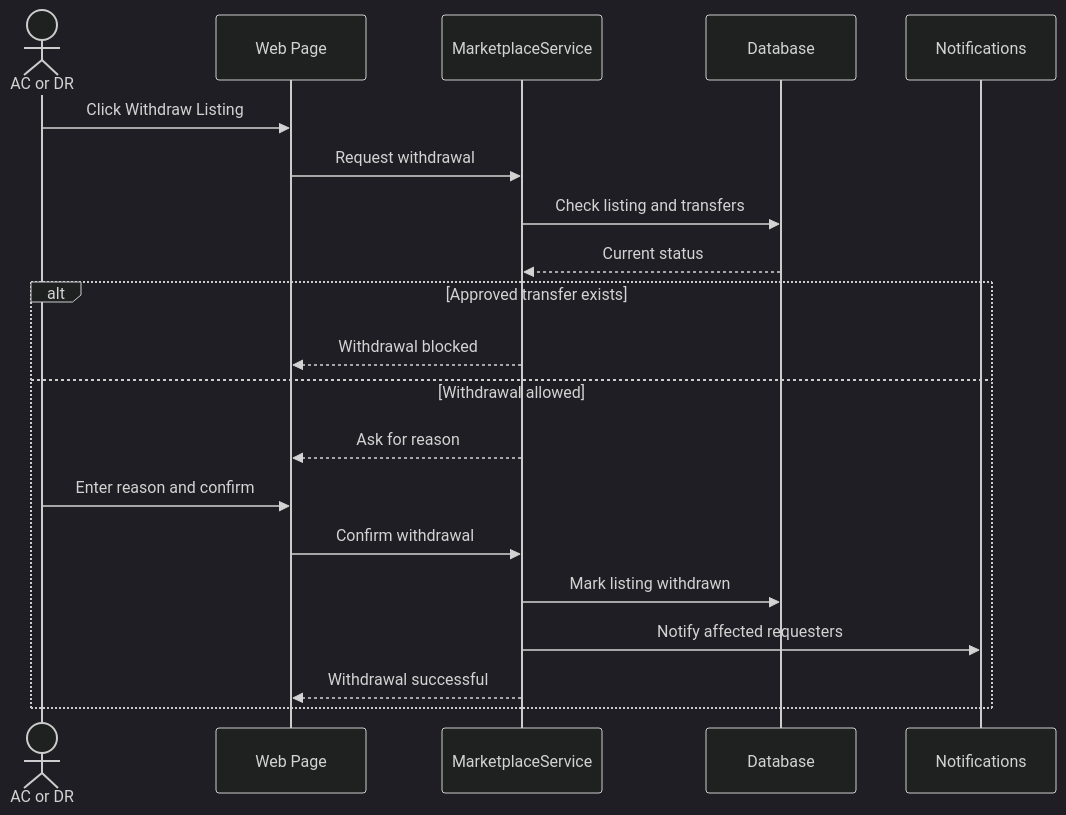
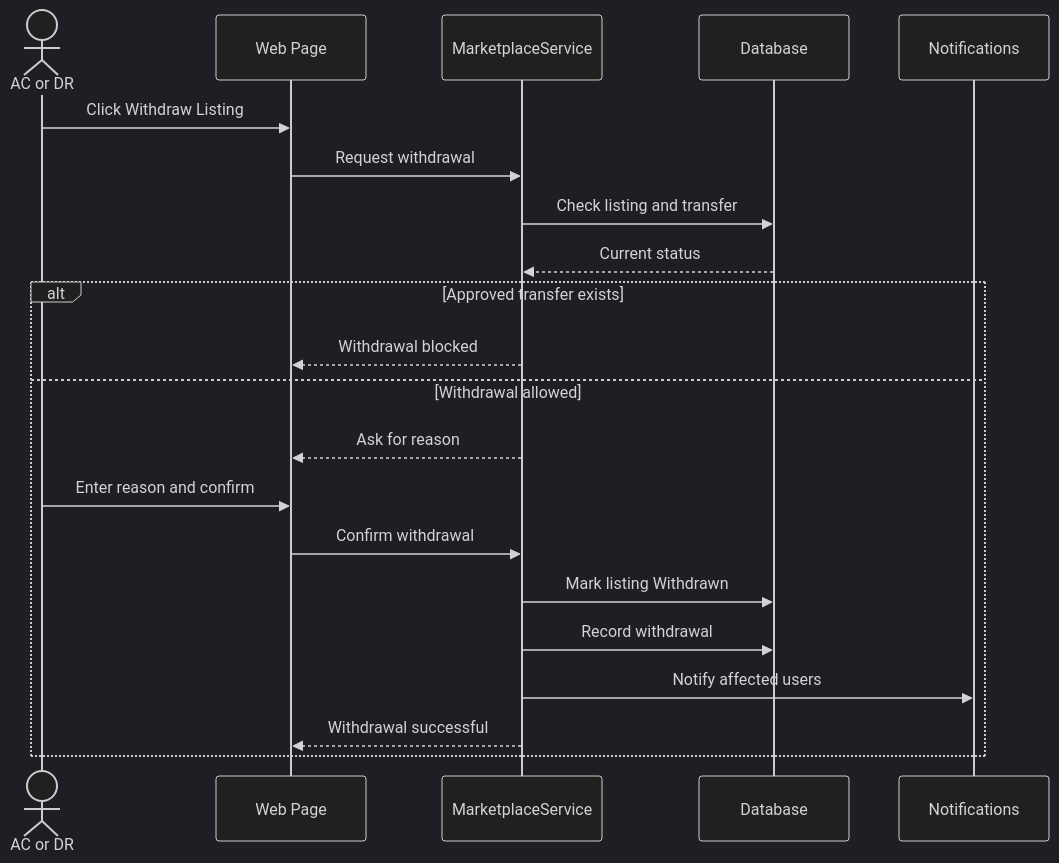
Before and after one commit to Abdulla66541/COSC336-GROUP5: the fourth of 12 diagrams in phase 4-5/01_part1_assets_marketplace_requests.md, drawn with Mermaid (dark theme). The commit also changed other lines of this file, not shown here.

````diff
--- a/phase 4-5/01_part1_assets_marketplace_requests.md
+++ b/phase 4-5/01_part1_assets_marketplace_requests.md
@@ -333,24 +188,25 @@
 ```mermaid
 sequenceDiagram
     actor U as AC or DR
     participant UI as Web Page
     participant S as MarketplaceService
     participant DB as Database
     participant N as Notifications
 
     U->>UI: Click Withdraw Listing
     UI->>S: Request withdrawal
-    S->>DB: Check listing and transfers
+    S->>DB: Check listing and transfer
     DB-->>S: Current status
 
     alt Approved transfer exists
         S-->>UI: Withdrawal blocked
     else Withdrawal allowed
         S-->>UI: Ask for reason
         U->>UI: Enter reason and confirm
         UI->>S: Confirm withdrawal
-        S->>DB: Mark listing withdrawn
-        S->>N: Notify affected requesters
+        S->>DB: Mark listing Withdrawn
+        S->>DB: Record withdrawal
+        S->>N: Notify affected users
         S-->>UI: Withdrawal successful
     end
 ```
````
